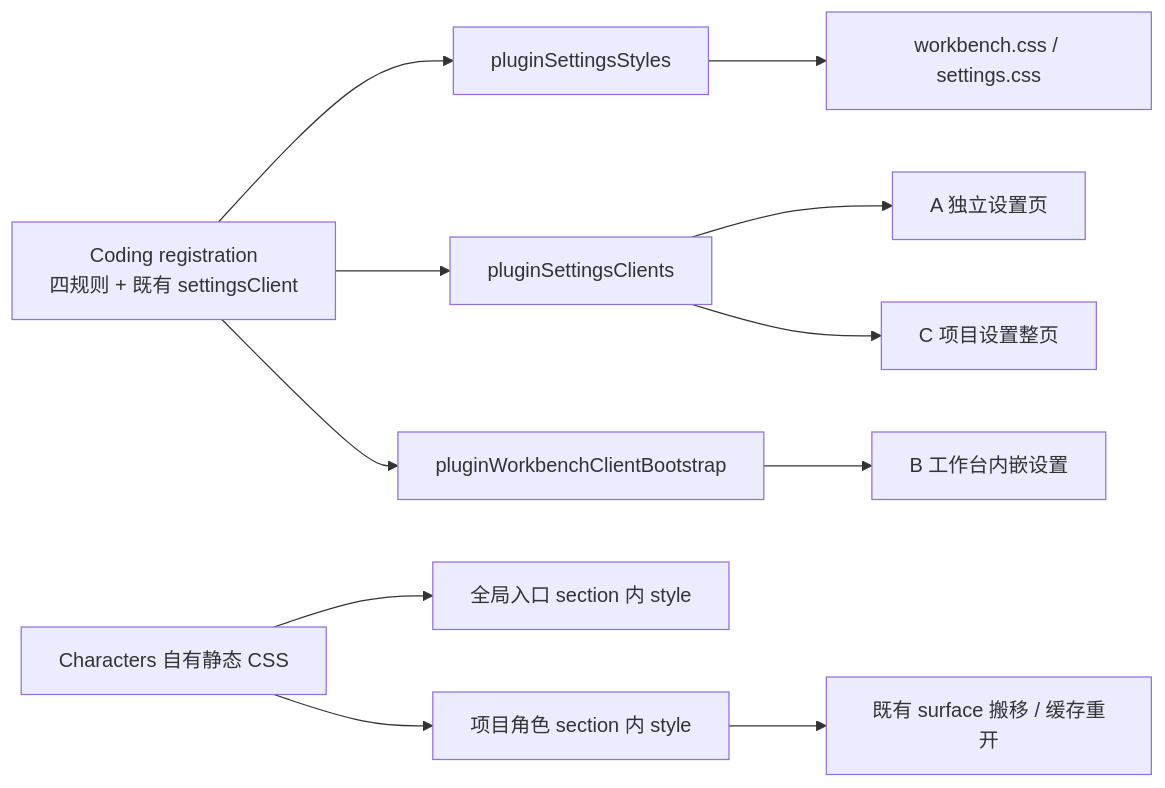
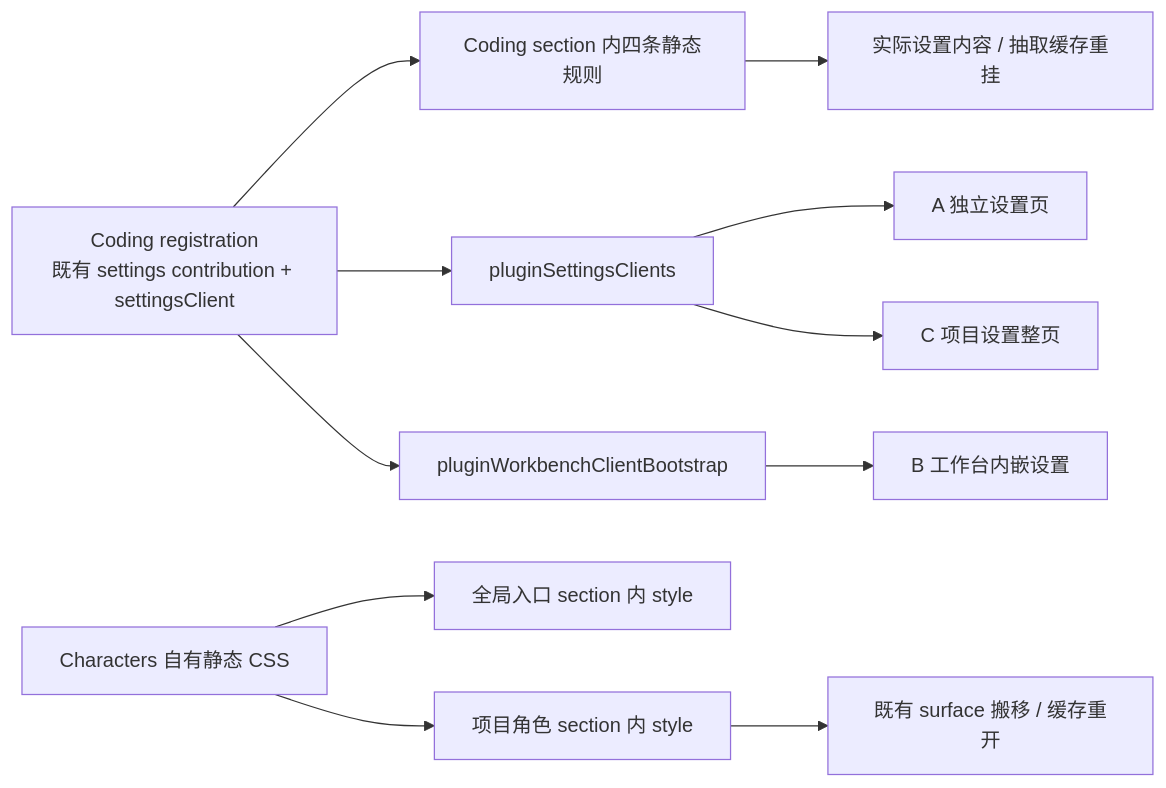
Before and after one commit to molis-ai/molis-work: the diagram in coordination/2026-10-28/plans/PG070-next/CURRENT.md, drawn with Mermaid. The commit also changed other lines of this file and 5 other files, not shown here.

````diff
--- a/coordination/2026-10-28/plans/PG070-next/CURRENT.md
+++ b/coordination/2026-10-28/plans/PG070-next/CURRENT.md
@@ -34,13 +34,13 @@
 ```mermaid
 flowchart LR
-  CR["Coding registration\n四规则 + 既有 settingsClient"] --> CS[pluginSettingsStyles]
+  CR["Coding registration\n既有 settings contribution + settingsClient"] --> CS["Coding section 内四条静态规则"]
   CR --> CC[pluginSettingsClients]
   CR --> CB[pluginWorkbenchClientBootstrap]
-  CS --> CSS["workbench.css / settings.css"]
+  CS --> CSS["实际设置内容 / 抽取缓存重挂"]
   CC --> A["A 独立设置页"]
   CB --> B["B 工作台内嵌设置"]
   CC --> C["C 项目设置整页"]
   CH["Characters 自有静态 CSS"] --> HE["全局入口 section 内 style"]
   CH --> HP["项目角色 section 内 style"]
   HP --> MV["既有 surface 搬移 / 缓存重开"]
 ```
````
